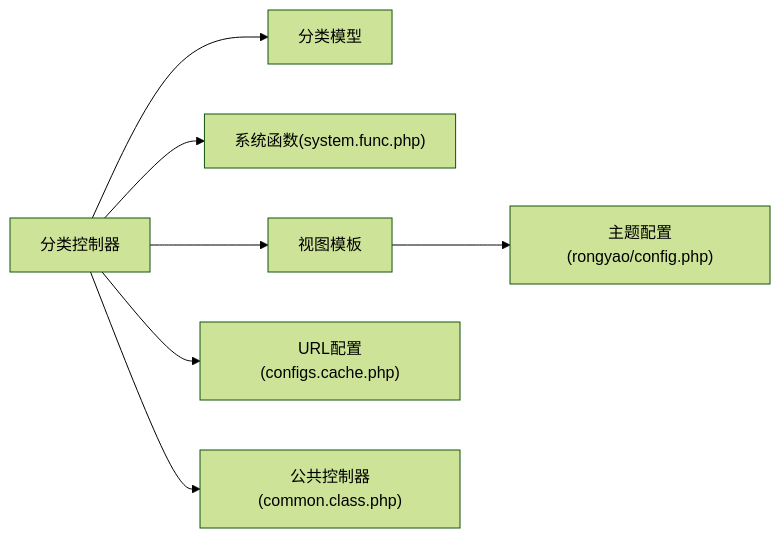
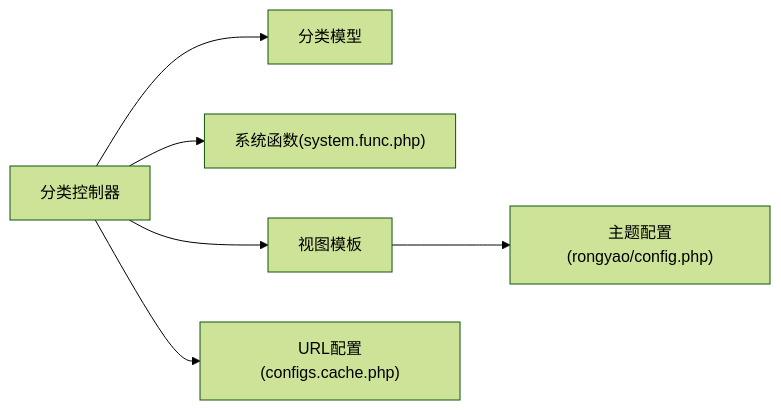
Before and after one commit to lirongyaoper/lryblog.com: the ninth of 9 diagrams in .qoder/repowiki/zh/content/后台管理模块/分类管理/分类基本操作.md, drawn with Mermaid (forest theme). The commit also changed other lines of this file and 13 other files, not shown here.

````diff
--- a/.qoder/repowiki/zh/content/后台管理模块/分类管理/分类基本操作.md
+++ b/.qoder/repowiki/zh/content/后台管理模块/分类管理/分类基本操作.md
@@ -370,9 +328,8 @@
 ```mermaid
 graph LR
 Ctl["分类控制器"] --> M["分类模型"]
 Ctl --> SF["系统函数(system.func.php)"]
 Ctl --> VF["视图模板"]
 VF --> TC["主题配置(rongyao/config.php)"]
 Ctl --> CFG["URL配置(configs.cache.php)"]
-Ctl --> Common["公共控制器(common.class.php)"]
 ```
````
